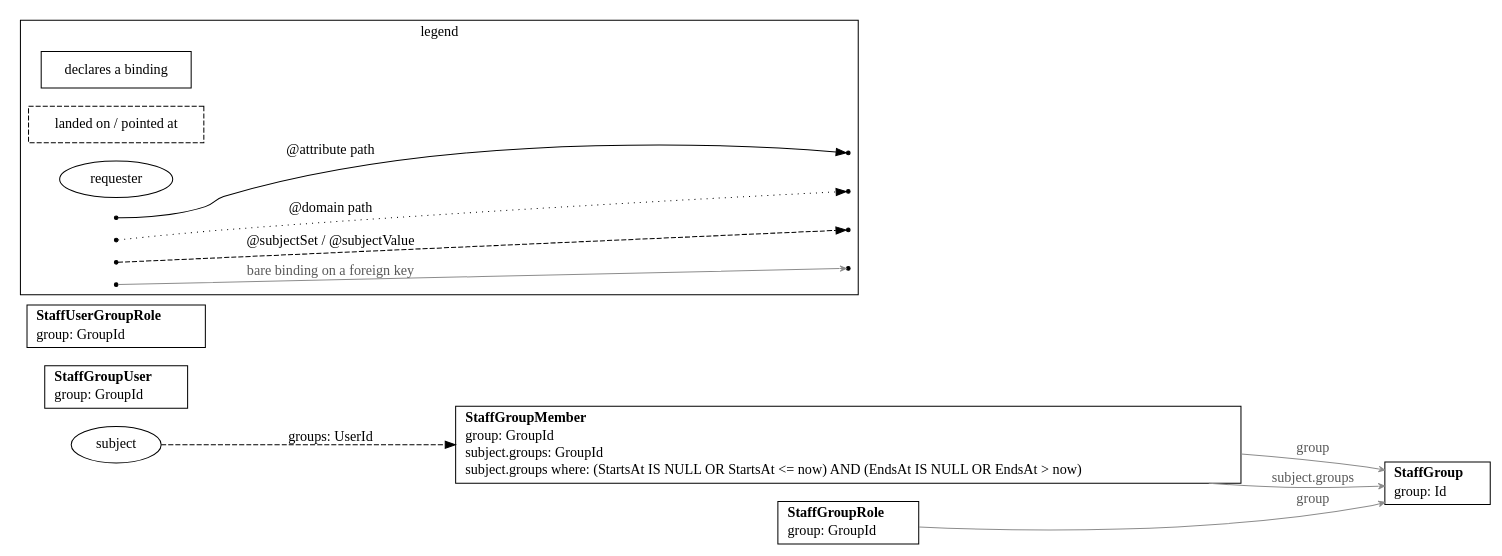
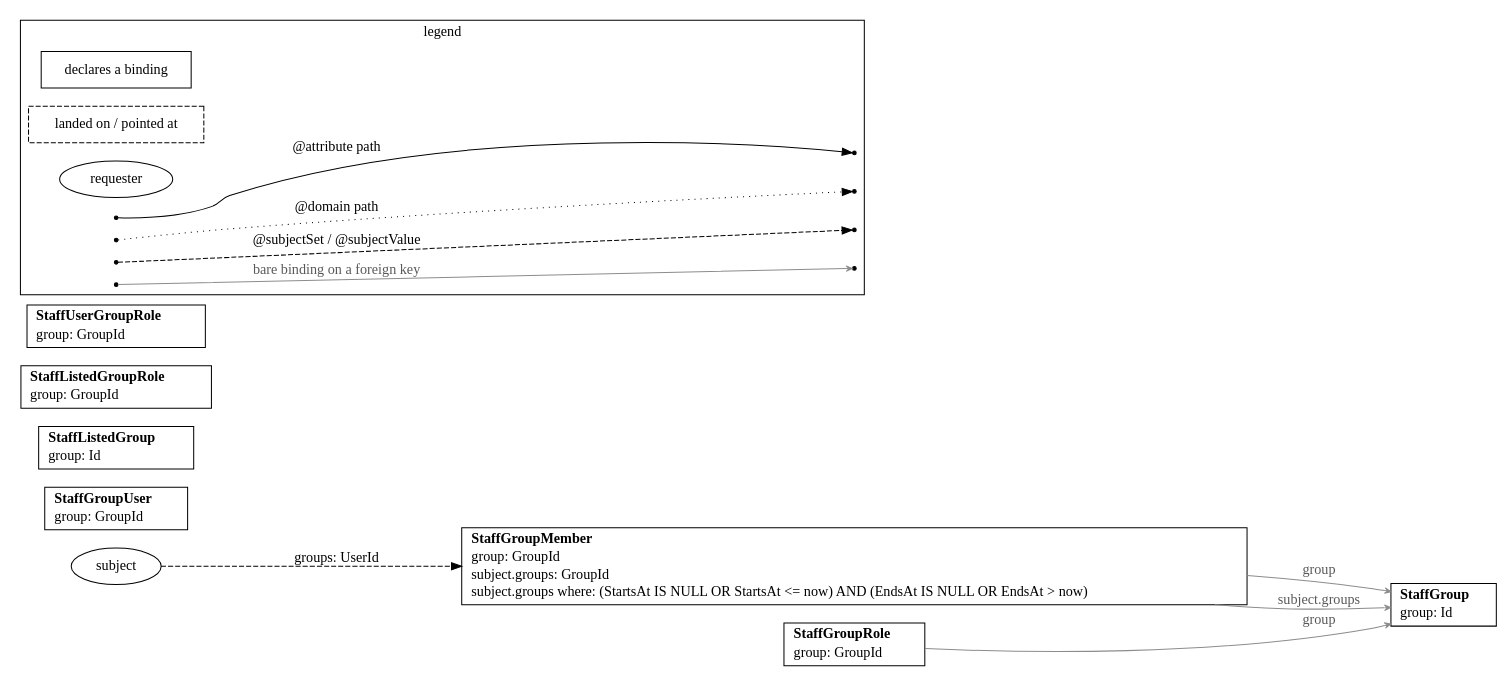
One commit to impulseframework/impulse changed the diagram in cmd/impulse/internal/skeleton/_candidates/solo/pkg/resources/zz_gen_bindings.dot. Above: the diagram before and after it, drawn with Graphviz. The commit also changed 350 other files, not shown here.

```diff
--- a/cmd/impulse/internal/skeleton/_candidates/solo/pkg/resources/zz_gen_bindings.dot
+++ b/cmd/impulse/internal/skeleton/_candidates/solo/pkg/resources/zz_gen_bindings.dot
@@ -1,46 +1,48 @@
 // Code generated by resourcegeneration. DO NOT EDIT.
 // Bindings: every attribute and subject binding this package declares. A box per
 // declaring resource lists its bare bindings as `name: column`; dashed boxes are
 // the tables a path lands on or a foreign key points at; the subject ellipse is
 // the requester, entering each anchor once with every name it yields there. One
 // edge per hop, drawn once however many paths share it: solid for @attribute,
 // dotted for @domain, dashed for a subject binding, labeled `name: column` on a
 // continuing hop and `name: column ⇒ column` where the path terminates; a thin
 // grey edge points a bare binding on a foreign key at its table. Facts only: no
 // grant or condition is drawn.
 // A subject set that writes a who: or a where: part lists each under the set, in
 // the columns' names: who: says which rows are the requester's, where: which of
 // those rows count. A set that builds on another is a dashed edge from the
 // resource declaring that other set, labeled `name: column IN subject.other`.
 digraph Bindings {
 	rankdir=LR;
 	node [shape=box];
 	"StaffGroup" [label=<<table border="0" cellborder="0" cellspacing="0" cellpadding="1"><tr><td align="left"><b>StaffGroup</b></td></tr><tr><td align="left">group: Id</td></tr></table>>];
 	"StaffGroupMember" [label=<<table border="0" cellborder="0" cellspacing="0" cellpadding="1"><tr><td align="left"><b>StaffGroupMember</b></td></tr><tr><td align="left">group: GroupId</td></tr><tr><td align="left">subject.groups: GroupId</td></tr><tr><td align="left">subject.groups where: (StartsAt IS NULL OR StartsAt &lt;= now) AND (EndsAt IS NULL OR EndsAt &gt; now)</td></tr></table>>];
 	"StaffGroupRole" [label=<<table border="0" cellborder="0" cellspacing="0" cellpadding="1"><tr><td align="left"><b>StaffGroupRole</b></td></tr><tr><td align="left">group: GroupId</td></tr></table>>];
 	"StaffGroupUser" [label=<<table border="0" cellborder="0" cellspacing="0" cellpadding="1"><tr><td align="left"><b>StaffGroupUser</b></td></tr><tr><td align="left">group: GroupId</td></tr></table>>];
+	"StaffListedGroup" [label=<<table border="0" cellborder="0" cellspacing="0" cellpadding="1"><tr><td align="left"><b>StaffListedGroup</b></td></tr><tr><td align="left">group: Id</td></tr></table>>];
+	"StaffListedGroupRole" [label=<<table border="0" cellborder="0" cellspacing="0" cellpadding="1"><tr><td align="left"><b>StaffListedGroupRole</b></td></tr><tr><td align="left">group: GroupId</td></tr></table>>];
 	"StaffUserGroupRole" [label=<<table border="0" cellborder="0" cellspacing="0" cellpadding="1"><tr><td align="left"><b>StaffUserGroupRole</b></td></tr><tr><td align="left">group: GroupId</td></tr></table>>];
 	"subject" [shape=ellipse];
 	"subject" -> "StaffGroupMember" [style=dashed, label="groups: UserId"];
 	"StaffGroupMember" -> "StaffGroup" [color=gray55, fontcolor=gray35, arrowhead=vee, arrowsize=0.6, label="group"];
 	"StaffGroupMember" -> "StaffGroup" [color=gray55, fontcolor=gray35, arrowhead=vee, arrowsize=0.6, label="subject.groups"];
 	"StaffGroupRole" -> "StaffGroup" [color=gray55, fontcolor=gray35, arrowhead=vee, arrowsize=0.6, label="group"];
 	subgraph cluster_legend {
 		label="legend";
 		"declares a binding" [shape=box];
 		"landed on / pointed at" [shape=box, style=dashed];
 		"requester" [shape=ellipse];
 		"legend:attribute" [shape=point];
 		"legend:attribute:to" [shape=point];
 		"legend:domain" [shape=point];
 		"legend:domain:to" [shape=point];
 		"legend:subject" [shape=point];
 		"legend:subject:to" [shape=point];
 		"legend:reference" [shape=point];
 		"legend:reference:to" [shape=point];
 		"legend:attribute" -> "legend:attribute:to" [label="@attribute path"];
 		"legend:domain" -> "legend:domain:to" [style=dotted, label="@domain path"];
 		"legend:subject" -> "legend:subject:to" [style=dashed, label="@subjectSet / @subjectValue"];
 		"legend:reference" -> "legend:reference:to" [color=gray55, fontcolor=gray35, arrowhead=vee, arrowsize=0.6, label="bare binding on a foreign key"];
 	}
 }
```
